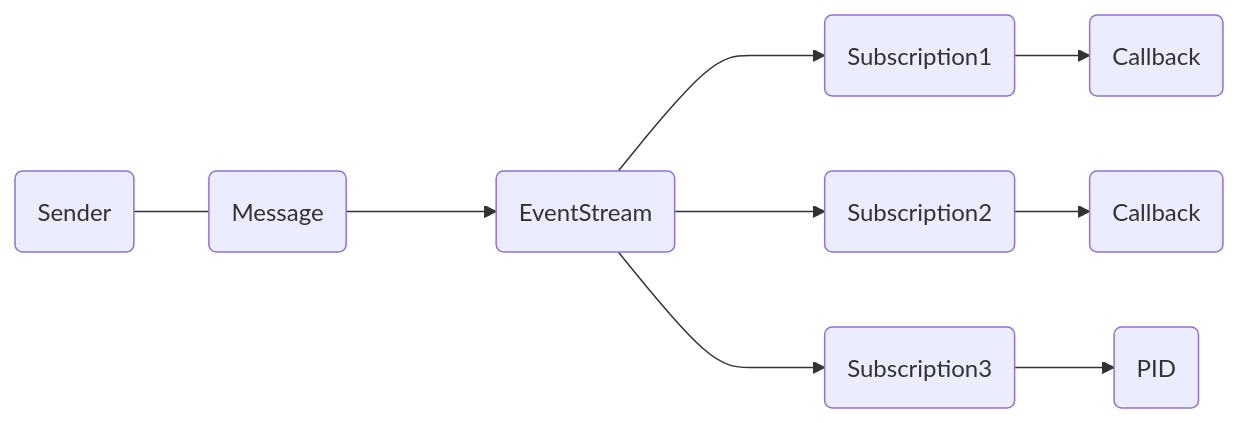
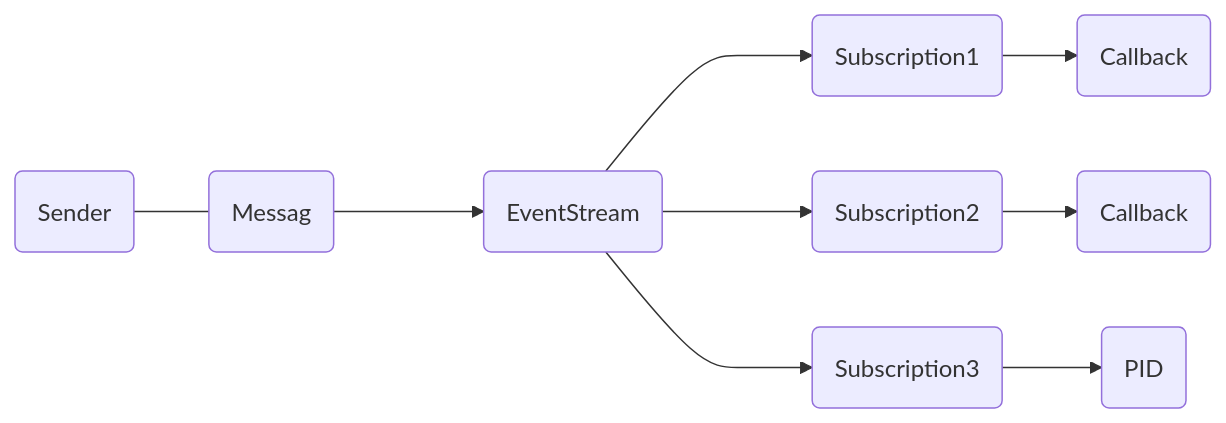
One commit to asynkron/protoactor-website changed the diagram in hugo/content/docs/eventstream.md. Above: the diagram before and after it, drawn with Mermaid.

````diff
--- a/hugo/content/docs/eventstream.md
+++ b/hugo/content/docs/eventstream.md
@@ -10,23 +10,23 @@
 ```mermaid
     graph LR
     sender(Sender)
     class sender blue
-    message(Message)
+    message(Messag)
     class message message
     es(EventStream)
     class es blue
     sub1(Subscription1)
     class sub1 green
     sub2(Subscription2)
     class sub2 green
     sub3(Subscription3)
     class sub3 green
 
     sender---message--->es
 
     es--->sub1-->callback1(Callback)
     es--->sub2-->callback2(Callback)
     es--->sub3-->pid(PID)
 
 
 ```
````
